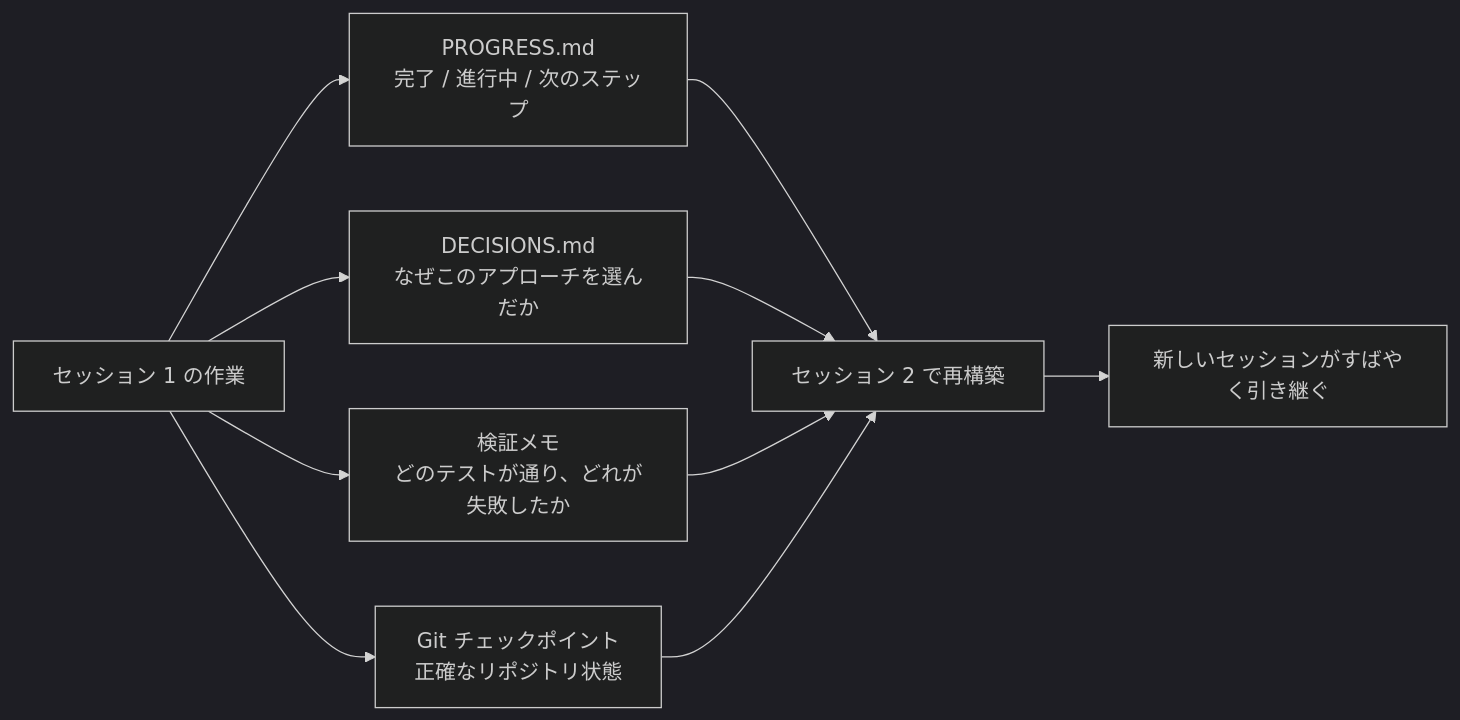
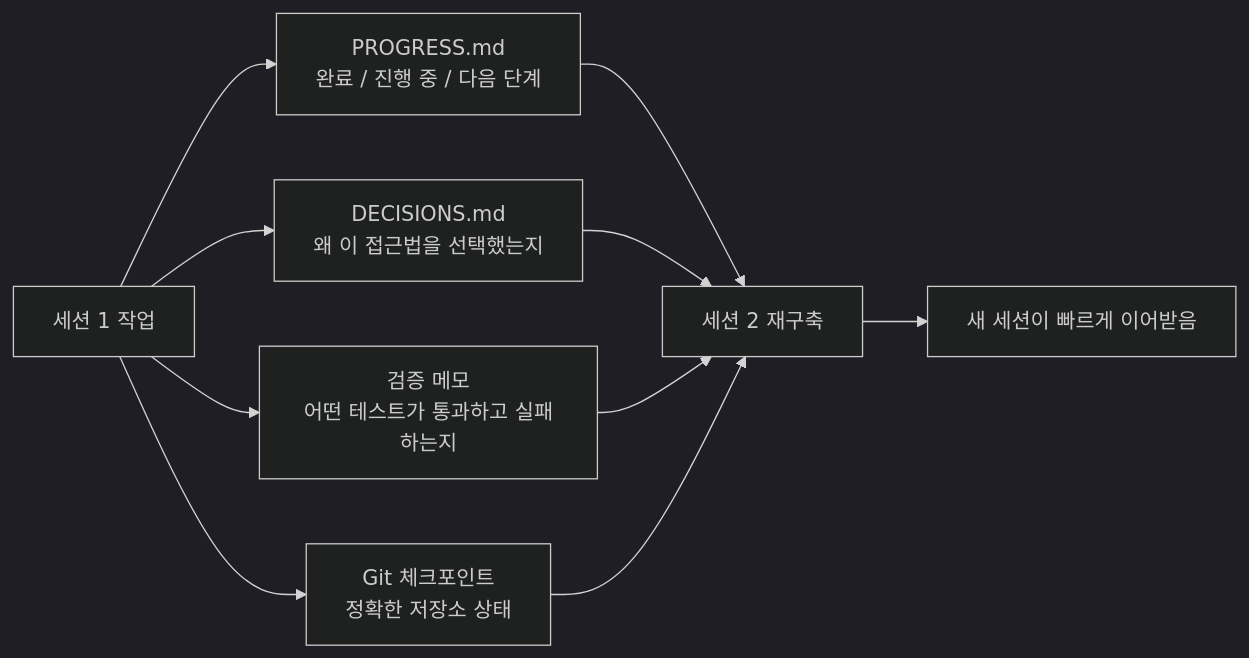
Before and after one commit to mkusaka/learn-harness-engineering: the second of 2 diagrams in docs/ko/lectures/lecture-05-why-long-running-tasks-lose-continuity/index.md, drawn with Mermaid (dark theme). The commit also changed other lines of this file and 684 other files, not shown here.

````diff
--- a/docs/ko/lectures/lecture-05-why-long-running-tasks-lose-continuity/index.md
+++ b/docs/ko/lectures/lecture-05-why-long-running-tasks-lose-continuity/index.md
@@ -36,14 +36,14 @@
 ```mermaid
 flowchart LR
-    Work["セッション 1 の作業"] --> Progress["PROGRESS.md<br/>完了 / 進行中 / 次のステップ"]
-    Work --> Decisions["DECISIONS.md<br/>なぜこのアプローチを選んだか"]
-    Work --> Verify["検証メモ<br/>どのテストが通り、どれが失敗したか"]
-    Work --> Commit["Git チェックポイント<br/>正確なリポジトリ状態"]
+    Work["세션 1 작업"] --> Progress["PROGRESS.md<br/>완료 / 진행 중 / 다음 단계"]
+    Work --> Decisions["DECISIONS.md<br/>왜 이 접근법을 선택했는지"]
+    Work --> Verify["검증 메모<br/>어떤 테스트가 통과하고 실패하는지"]
+    Work --> Commit["Git 체크포인트<br/>정확한 저장소 상태"]
 
-    Progress --> Rebuild["セッション 2 で再構築"]
+    Progress --> Rebuild["세션 2 재구축"]
     Decisions --> Rebuild
     Verify --> Rebuild
     Commit --> Rebuild
 
-    Rebuild --> Resume["新しいセッションがすばやく引き継ぐ"]
+    Rebuild --> Resume["새 세션이 빠르게 이어받음"]
 ```
````
